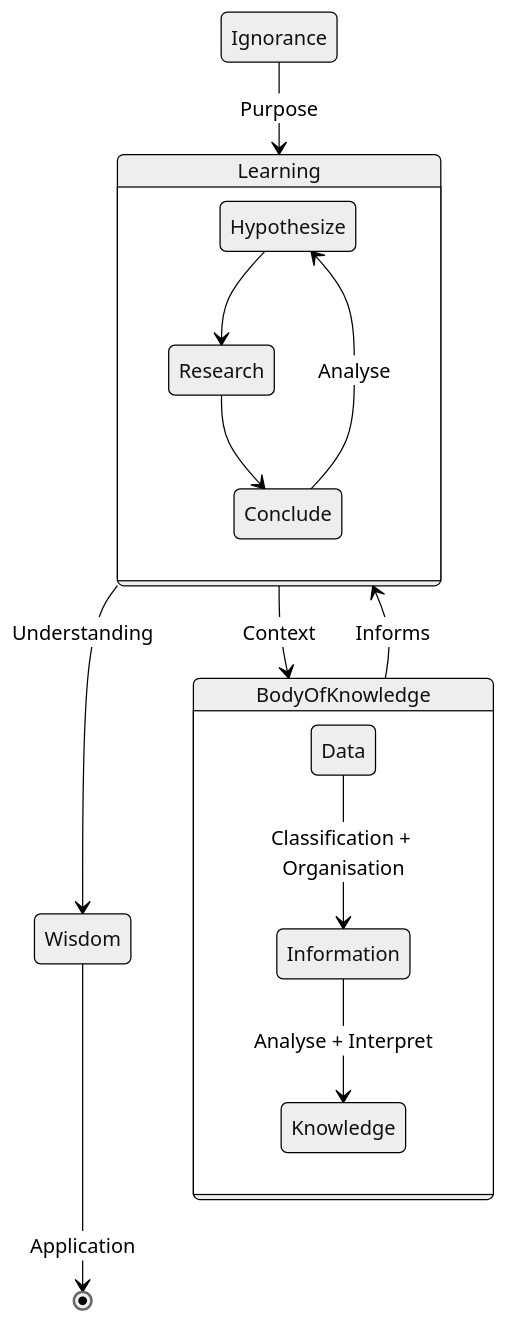
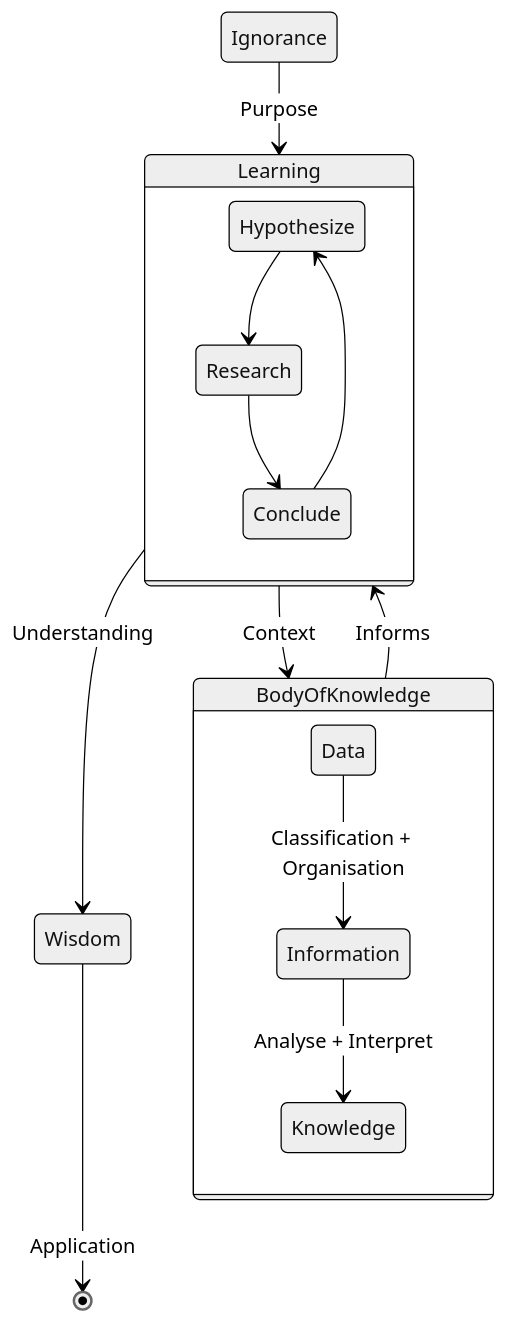
The second of 2 diagrams in Docs/AcqistitionOfKnowledge.md (AdrianMiley/AI-Enabled-Architecture), drawn with Mermaid (neutral theme) before and after one commit. The commit also changed other lines of this file and 18 other files, not shown here.

````diff
--- a/Docs/AcqistitionOfKnowledge.md
+++ b/Docs/AcqistitionOfKnowledge.md
@@ -52,21 +53,21 @@
 ```mermaid
 stateDiagram-v2
     Ignorance --> Learning: Purpose
     Learning --> Wisdom : Understanding
     Wisdom --> [*] : Application
 
     state Learning {
-        Hypothesize --> Research : 
-        Research --> Conclude : 
-        Conclude --> Hypothesize : Analyse
+        Hypothesize --> Research 
+        Research --> Conclude  
+        Conclude --> Hypothesize 
     }
 
     state BodyOfKnowledge {
         Data --> Information : Classification + Organisation
         Information --> Knowledge : Analyse + Interpret
         Knowledge 
     }
     
     Learning --> BodyOfKnowledge: Context
     BodyOfKnowledge --> Learning: Informs
 ```
````
